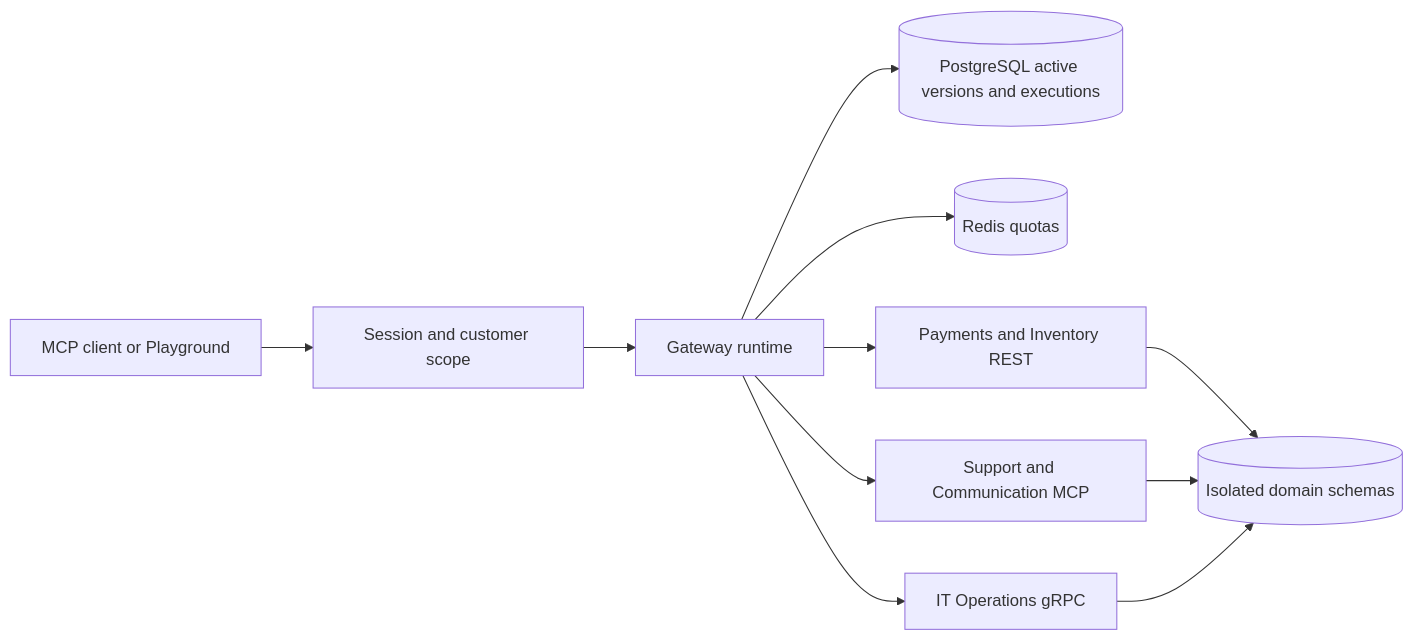
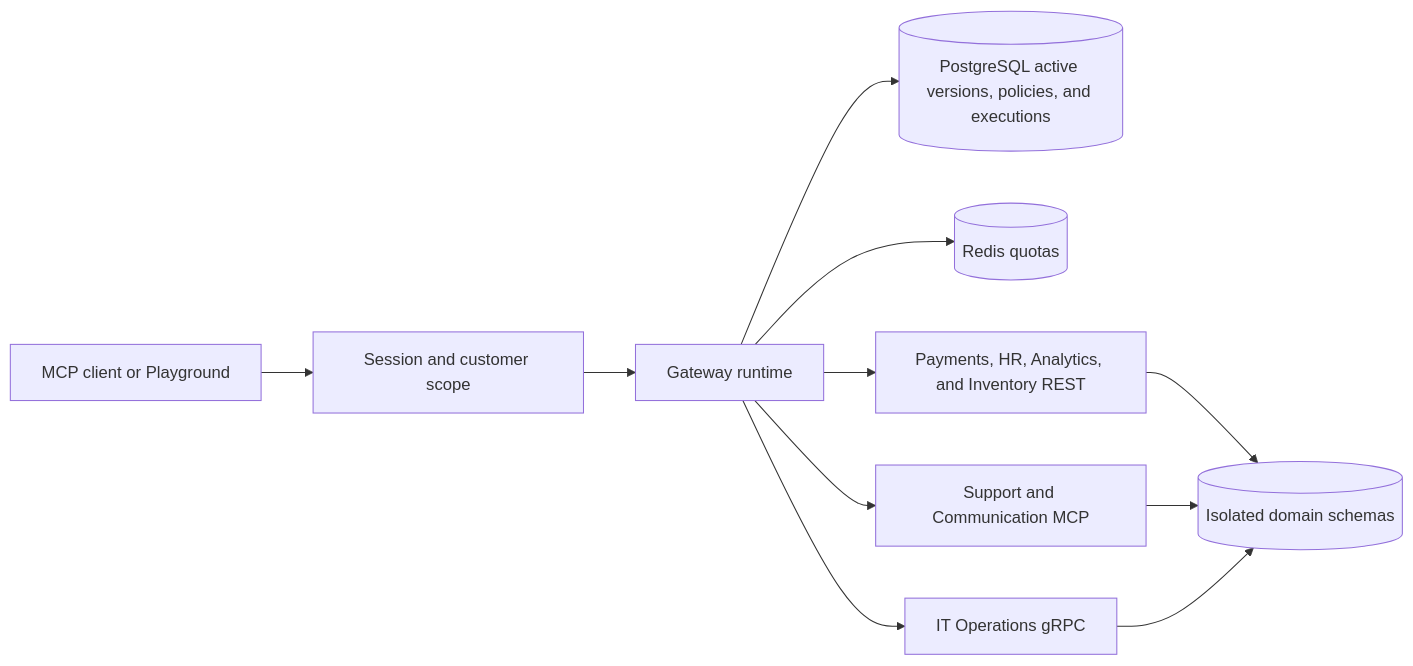
Before and after one commit to NagaRamya1531-tech/ToolMesh-AI: the second of 11 diagrams in docs/architecture.md, drawn with Mermaid. The commit also changed other lines of this file and 53 other files, not shown here.

````diff
--- a/docs/architecture.md
+++ b/docs/architecture.md
@@ -34,13 +35,13 @@
 ```mermaid
 flowchart LR
     Caller["MCP client or Playground"] --> Auth["Session and customer scope"]
     Auth --> Runtime["Gateway runtime"]
-    Runtime --> Catalog[("PostgreSQL active versions and executions")]
+    Runtime --> Catalog[("PostgreSQL active versions, policies, and executions")]
     Runtime --> Quota[("Redis quotas")]
-    Runtime --> REST["Payments and Inventory REST"]
+    Runtime --> REST["Payments, HR, Analytics, and Inventory REST"]
     Runtime --> MCP["Support and Communication MCP"]
     Runtime --> GRPC["IT Operations gRPC"]
     REST --> State[("Isolated domain schemas")]
     MCP --> State
     GRPC --> State
 ```
````
